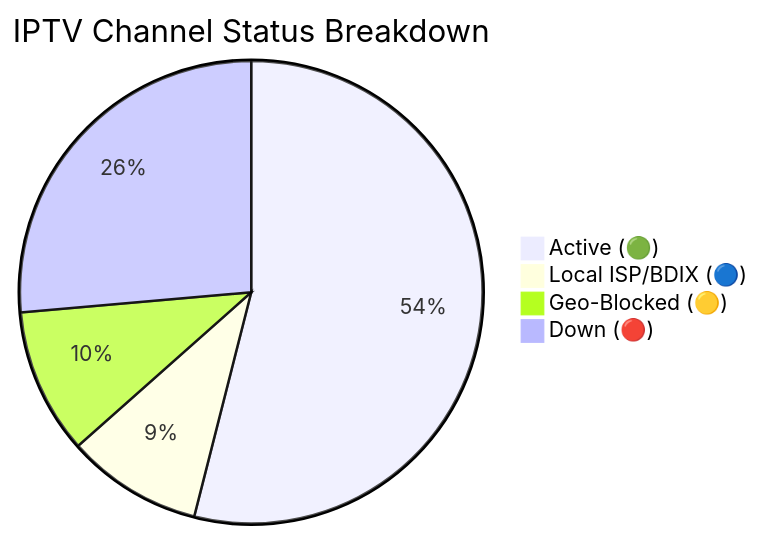
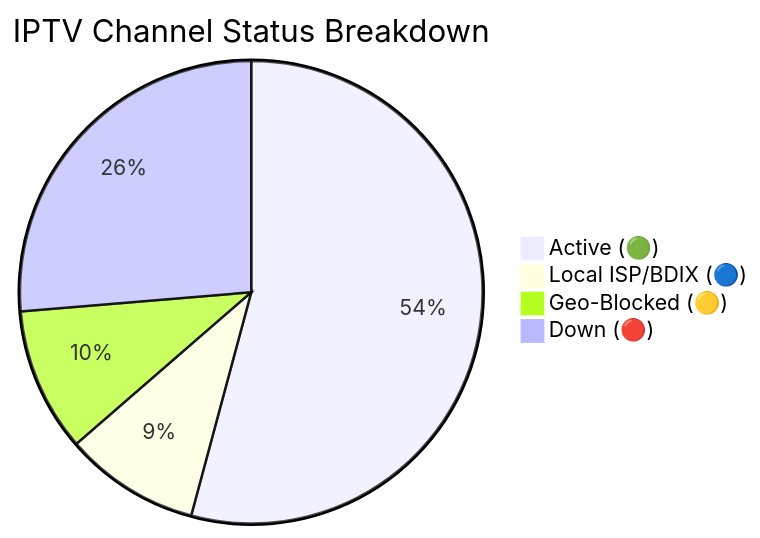
The diagram in README.md (f6388600-ai/Web), drawn with Mermaid before and after one commit. The commit also changed other lines of this file and 6 other files, not shown here.

````diff
--- a/README.md
+++ b/README.md
@@ -149,7 +149,7 @@
 ```mermaid
 pie title IPTV Channel Status Breakdown
-    "Active (🟢)" : 9616
-    "Local ISP/BDIX (🔵)" : 1690
-    "Geo-Blocked (🟡)" : 1811
-    "Down (🔴)" : 4702
+    "Active (🟢)" : 9707
+    "Local ISP/BDIX (🔵)" : 1693
+    "Geo-Blocked (🟡)" : 1800
+    "Down (🔴)" : 4716
 ```
````
